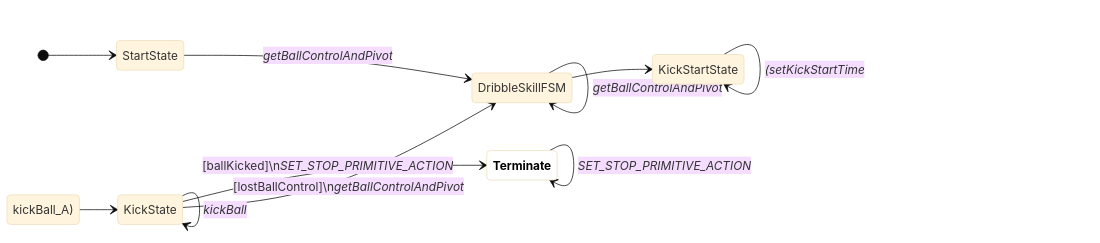
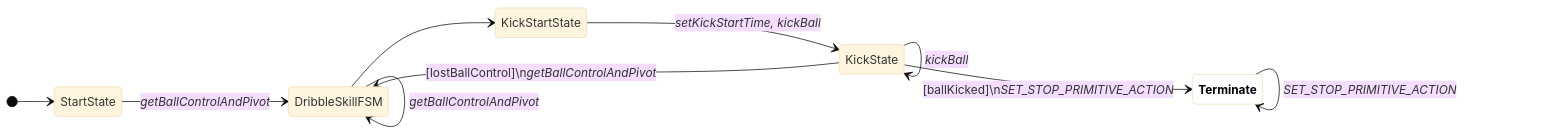
One commit to UBC-Thunderbots/Software changed diagram 16 of 24 in docs/fsm-diagrams.md. Above: the diagram before and after it, drawn with Mermaid (base theme). The commit also changed other lines of this file and 71 other files, not shown here.

````diff
--- a/docs/fsm-diagrams.md
+++ b/docs/fsm-diagrams.md
@@ -265,17 +288,16 @@
 ```mermaid
 
 stateDiagram-v2
 classDef terminate fill:white,color:black,font-weight:bold
 direction LR
 [*] --> StartState
 StartState --> DribbleSkillFSM : <i>getBallControlAndPivot</i>
 DribbleSkillFSM --> DribbleSkillFSM : <i>getBallControlAndPivot</i>
 DribbleSkillFSM --> KickStartState
-KickStartState --> KickStartState : <i>(setKickStartTime</i>
-kickBall_A) --> KickState
+KickStartState --> KickState : <i>setKickStartTime, kickBall</i>
 KickState --> Terminate:::terminate : [ballKicked]\n<i>SET_STOP_PRIMITIVE_ACTION</i>
 KickState --> DribbleSkillFSM : [lostBallControl]\n<i>getBallControlAndPivot</i>
 KickState --> KickState : <i>kickBall</i>
 Terminate:::terminate --> Terminate:::terminate : <i>SET_STOP_PRIMITIVE_ACTION</i>
 
 ```
````
